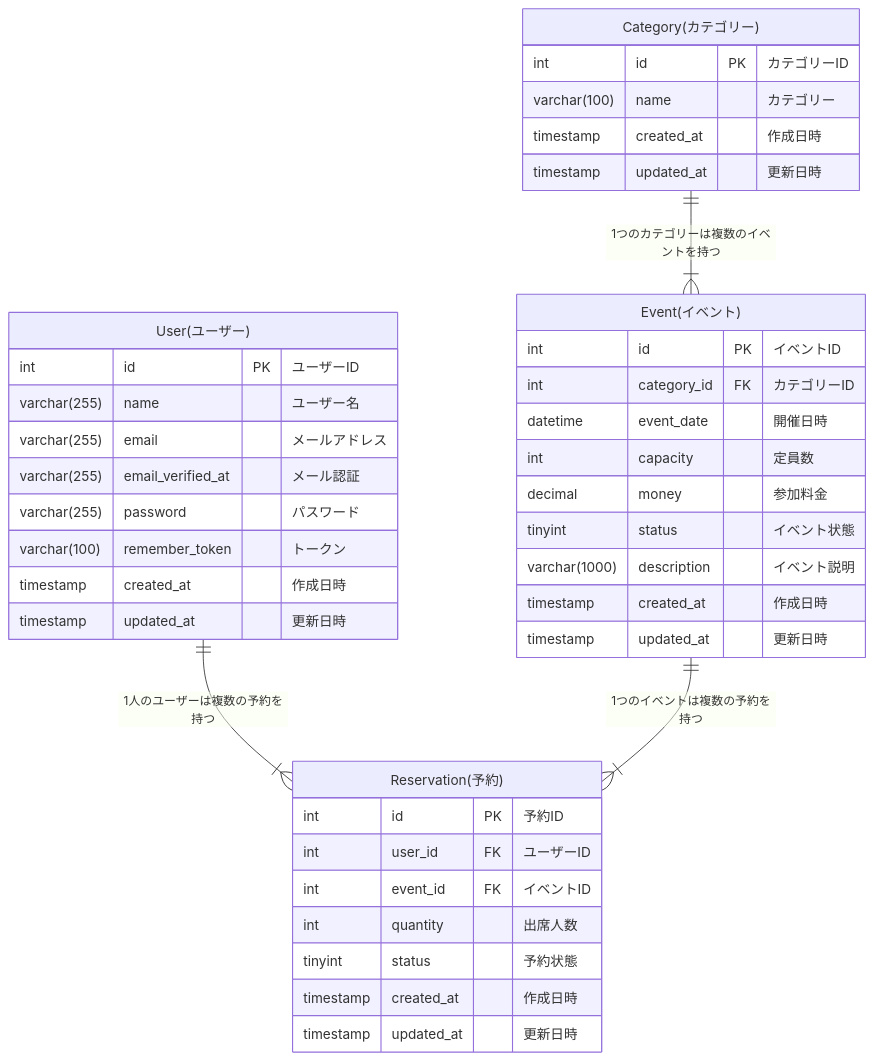
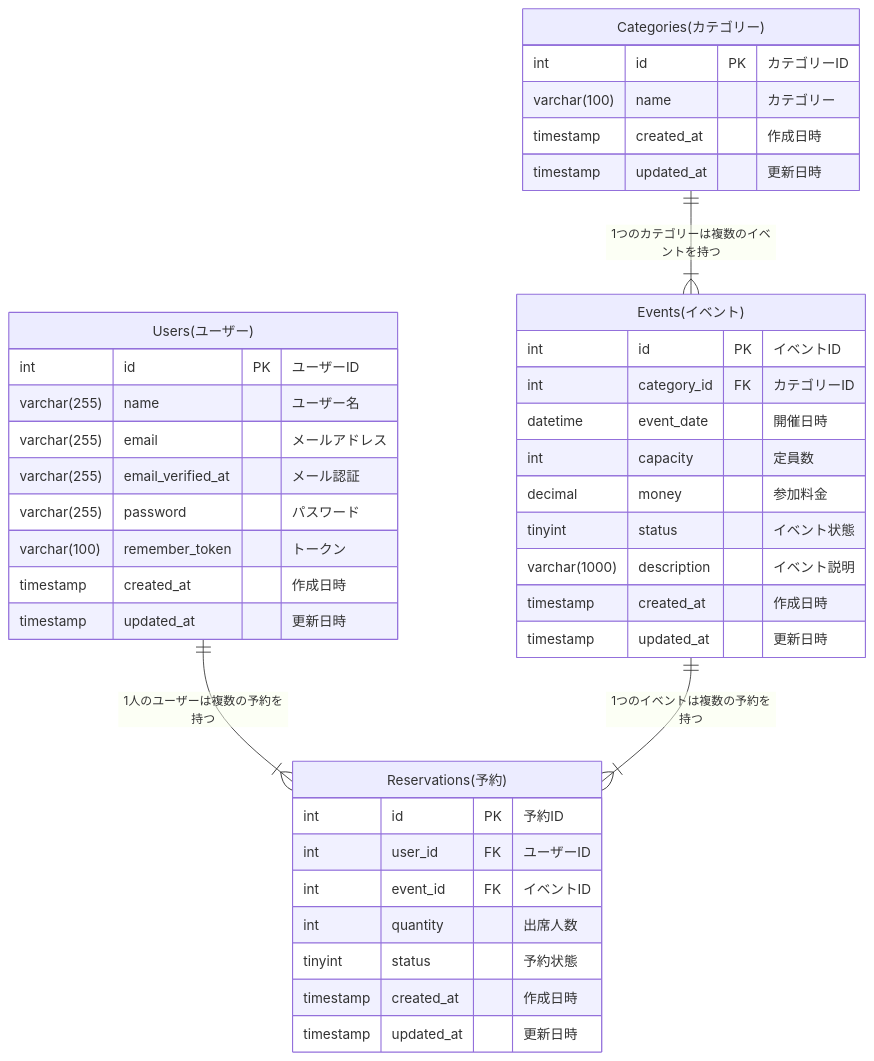
Before and after one commit to kai-phoenix/meetup_link: the diagram in table.md, drawn with Mermaid.

Commit message:
[update]テーブル名を変更
テーブル名を変更

````diff
--- a/table.md
+++ b/table.md
@@ -1,46 +1,46 @@
 ```mermaid
 erDiagram
-    "User(ユーザー)" ||--|{ "Reservation(予約)": "1人のユーザーは複数の予約を持つ"
-    "Category(カテゴリー)" ||--|{ "Event(イベント)": "1つのカテゴリーは複数のイベントを持つ"
-    "Event(イベント)" ||--|{ "Reservation(予約)": "1つのイベントは複数の予約を持つ"
+    "Users(ユーザー)" ||--|{ "Reservations(予約)": "1人のユーザーは複数の予約を持つ"
+    "Categories(カテゴリー)" ||--|{ "Events(イベント)": "1つのカテゴリーは複数のイベントを持つ"
+    "Events(イベント)" ||--|{ "Reservations(予約)": "1つのイベントは複数の予約を持つ"
 
-    "User(ユーザー)" {
+    "Users(ユーザー)" {
         int id PK "ユーザーID"
         varchar(255) name "ユーザー名"
         varchar(255) email "メールアドレス"
         varchar(255) email_verified_at "メール認証"
         varchar(255) password "パスワード"
         varchar(100) remember_token "トークン"
         timestamp created_at "作成日時"
         timestamp updated_at "更新日時"
     }
 
-    "Category(カテゴリー)" {
+    "Categories(カテゴリー)" {
         int id PK "カテゴリーID"
         varchar(100) name "カテゴリー"
         timestamp created_at "作成日時"
         timestamp updated_at "更新日時"
     }
 
-    "Event(イベント)" {
+    "Events(イベント)" {
         int id PK "イベントID"
         int category_id FK "カテゴリーID"
         datetime event_date "開催日時"
         int capacity "定員数"
         decimal money "参加料金"
         tinyint status "イベント状態"
         varchar(1000) description "イベント説明"
         timestamp created_at "作成日時"
         timestamp updated_at "更新日時"
     }
 
-    "Reservation(予約)" {
+    "Reservations(予約)" {
         int id PK "予約ID"
         int user_id FK "ユーザーID"
         int event_id FK "イベントID"
         int quantity "出席人数"
         tinyint status "予約状態"
         timestamp created_at "作成日時"
         timestamp updated_at "更新日時"
     }
 ```
````
